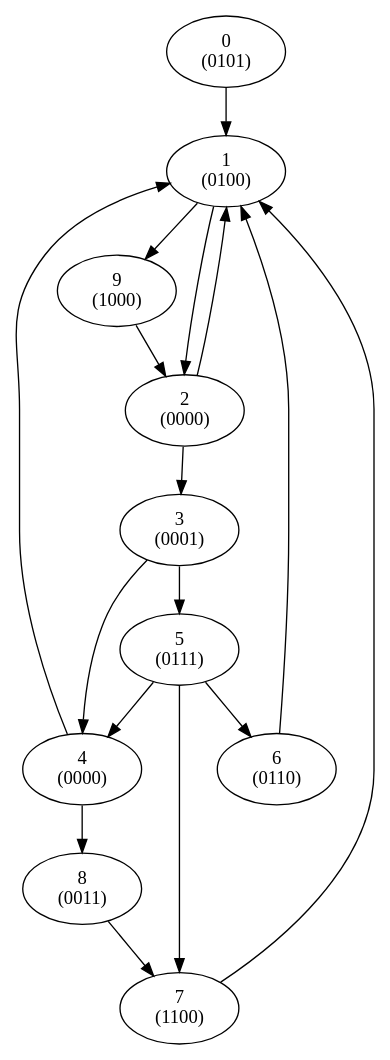
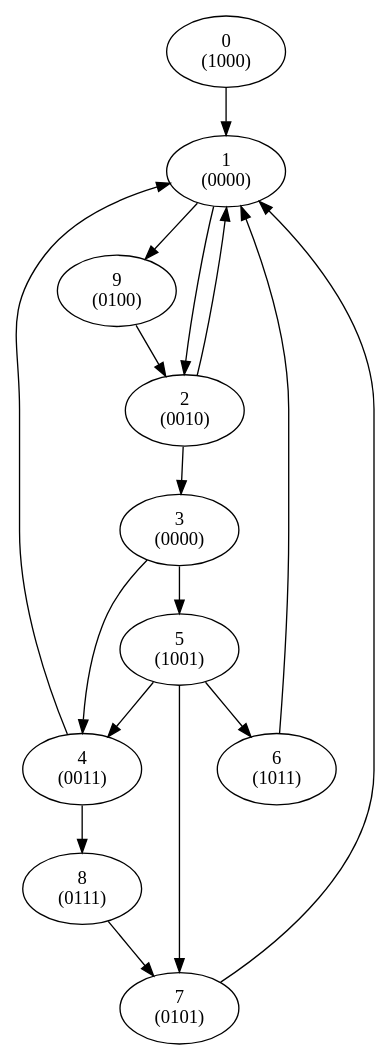
Before and after one commit to abemac/verilog-to-fsm: the diagram in state_encoding/yuan_alg/run/BFS.dot, drawn with Graphviz. The commit also changed 6 other files, not shown here.

```diff
--- a/state_encoding/yuan_alg/run/BFS.dot
+++ b/state_encoding/yuan_alg/run/BFS.dot
@@ -1,18 +1,18 @@
 digraph fsm {
-"0\n(0101)" -> "1\n(0100)";
-"1\n(0100)" -> "2\n(0000)";
-"1\n(0100)" -> "9\n(1000)";
-"2\n(0000)" -> "1\n(0100)";
-"2\n(0000)" -> "3\n(0001)";
-"3\n(0001)" -> "5\n(0111)";
-"3\n(0001)" -> "4\n(0000)";
-"4\n(0000)" -> "1\n(0100)";
-"4\n(0000)" -> "8\n(0011)";
-"5\n(0111)" -> "4\n(0000)";
-"5\n(0111)" -> "7\n(1100)";
-"5\n(0111)" -> "6\n(0110)";
-"6\n(0110)" -> "1\n(0100)";
-"7\n(1100)" -> "1\n(0100)";
-"8\n(0011)" -> "7\n(1100)";
-"9\n(1000)" -> "2\n(0000)";
+"0\n(1000)" -> "1\n(0000)";
+"1\n(0000)" -> "2\n(0010)";
+"1\n(0000)" -> "9\n(0100)";
+"2\n(0010)" -> "1\n(0000)";
+"2\n(0010)" -> "3\n(0000)";
+"3\n(0000)" -> "5\n(1001)";
+"3\n(0000)" -> "4\n(0011)";
+"4\n(0011)" -> "1\n(0000)";
+"4\n(0011)" -> "8\n(0111)";
+"5\n(1001)" -> "4\n(0011)";
+"5\n(1001)" -> "7\n(0101)";
+"5\n(1001)" -> "6\n(1011)";
+"6\n(1011)" -> "1\n(0000)";
+"7\n(0101)" -> "1\n(0000)";
+"8\n(0111)" -> "7\n(0101)";
+"9\n(0100)" -> "2\n(0010)";
 }
```
